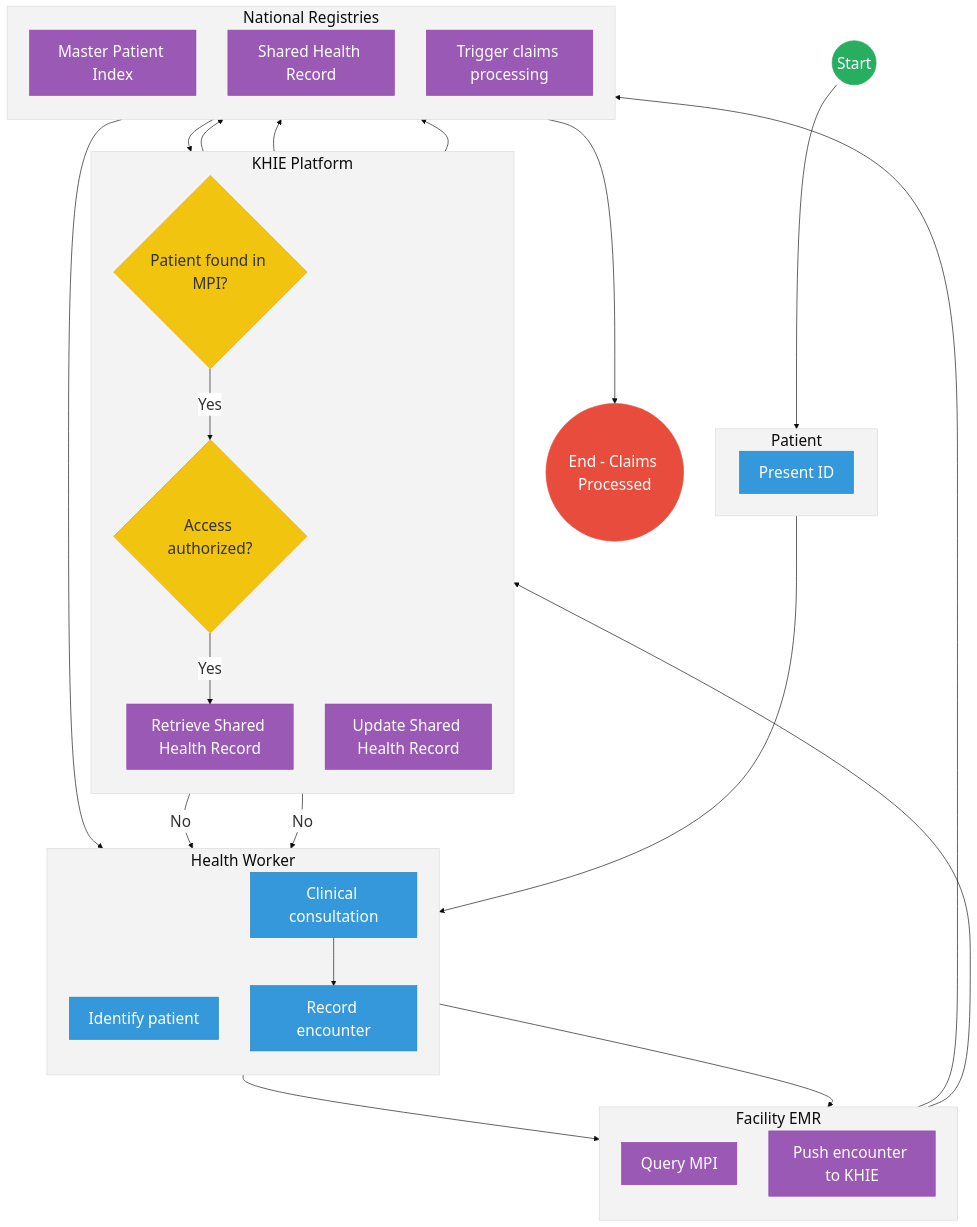
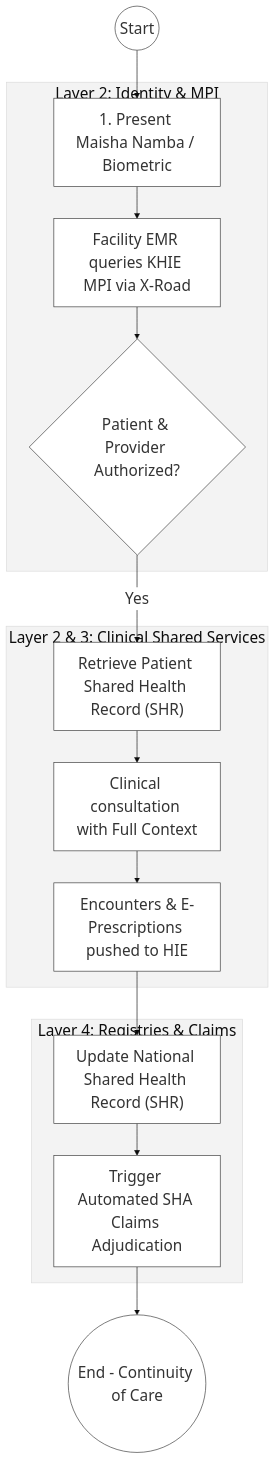
Before and after one commit to BITZ-IT-Consulting-LTD/ictapoc: the second of 2 diagrams in mdas/docs_final/priority_mdas/Ministry_of_Health___Service_Delivery.md, drawn with Mermaid. The commit also changed other lines of this file and 37 other files, not shown here.

````diff
--- a/mdas/docs_final/priority_mdas/Ministry_of_Health___Service_Delivery.md
+++ b/mdas/docs_final/priority_mdas/Ministry_of_Health___Service_Delivery.md
@@ -162,76 +107,23 @@
 ```mermaid
 %%{init: { 'theme': 'base', 'themeVariables': { 'fontSize': '24px', 'fontFamily': 'Inter, system-ui, sans-serif', 'primaryColor': '#ffffff', 'edgeLabelBackground':'#ffffff', 'tertiaryColor': '#f3f3f3', 'mainBkg': '#ffffff', 'nodeBorder': '#333333' } } }%%
 flowchart TD
-    %% Events
-    Start((Start))
-    EndProcess(("End - Claims Processed"))
-
-    subgraph Patient [Patient]
-        direction LR
-        PresentID["Present ID"]
+    Start((Start)) --> PresentID["1. Present Maisha Namba / Biometric"]
+    
+    subgraph Trust_Hub["Layer 2: Identity & MPI"]
+        PresentID --> QueryMPI["Facility EMR queries KHIE MPI via X-Road"]
+        QueryMPI --> AuthGateway{"Patient & Provider Authorized?"}
     end
-
-    subgraph HealthWorker["Health Worker"]
-        direction TB
-        IdPat["Identify patient"]
-        Consult["Clinical consultation"]
-        RecEnc["Record encounter"]
+    
+    subgraph Operations["Layer 2 & 3: Clinical Shared Services"]
+        AuthGateway -- "Yes" --> RetSHR["Retrieve Patient Shared Health Record (SHR)"]
+        RetSHR --> Consult["Clinical consultation with Full Context"]
+        Consult --> PushKHIE["Encounters & E-Prescriptions pushed to HIE"]
     end
-
-    subgraph FacEMR["Facility EMR"]
-        direction TB
-        QueryMPIReq["Query MPI"]
-        PushKHIE["Push encounter to KHIE"]
+    
+    subgraph Settlement["Layer 4: Registries & Claims"]
+        PushKHIE --> UpdateSHR["Update National Shared Health Record (SHR)"]
+        UpdateSHR --> Claims["Trigger Automated SHA Claims Adjudication"]
     end
-
-    subgraph KHIE["KHIE Platform"]
-        direction TB
-        MPIGateway{"Patient found in MPI?"}
-        AuthGateway{"Access authorized?"}
-        RetSHR["Retrieve Shared Health Record"]
-        UpdateSHR["Update Shared Health Record"]
-    end
-
-    subgraph NatReg["National Registries"]
-        direction TB
-        QueryMPI["Master Patient Index"]
-        SHR["Shared Health Record"]
-        Claims["Trigger claims processing"]
-    end
-
-    %% Flow connections
-    Start --> PresentID
-    PresentID --> IdPat
-    IdPat --> QueryMPIReq
-    QueryMPIReq --> QueryMPI
-    QueryMPI --> MPIGateway
     
-    MPIGateway -- "No" --> IdPat
-    MPIGateway -- "Yes" --> AuthGateway
-    
-    AuthGateway -- "No" --> IdPat
-    AuthGateway -- "Yes" --> RetSHR
-    
-    RetSHR --> SHR
-    SHR --> Consult
-    Consult --> RecEnc
-    RecEnc --> PushKHIE
-    PushKHIE --> UpdateSHR
-    UpdateSHR --> SHR
-    UpdateSHR --> Claims
-    
-    Claims --> EndProcess
-
-    %% Styling
-    classDef startEvent fill:#27ae60,stroke:#27ae60,color:#fff,font-size:24px,font-size:24px;;
-    classDef endEvent fill:#e74c3c,stroke:#e74c3c,color:#fff,font-size:24px,font-size:24px;;
-    classDef userTask fill:#3498db,stroke:#2980b9,color:#fff,font-size:24px,font-size:24px;;
-    classDef serviceTask fill:#9b59b6,stroke:#8e44ad,color:#fff,font-size:24px,font-size:24px;;
-    classDef gateway fill:#f1c40f,stroke:#f39c12,color:#333,font-size:24px,font-size:24px;;
-    
-    class Start startEvent;
-    class EndProcess endEvent;
-    class MPIGateway,AuthGateway gateway;
-    class QueryMPIReq,PushKHIE,RetSHR,UpdateSHR,QueryMPI,SHR,Claims serviceTask;
-    class PresentID,IdPat,Consult,RecEnc userTask;
+    Claims --> EndProcess(("End - Continuity of Care"))
 ```
````
